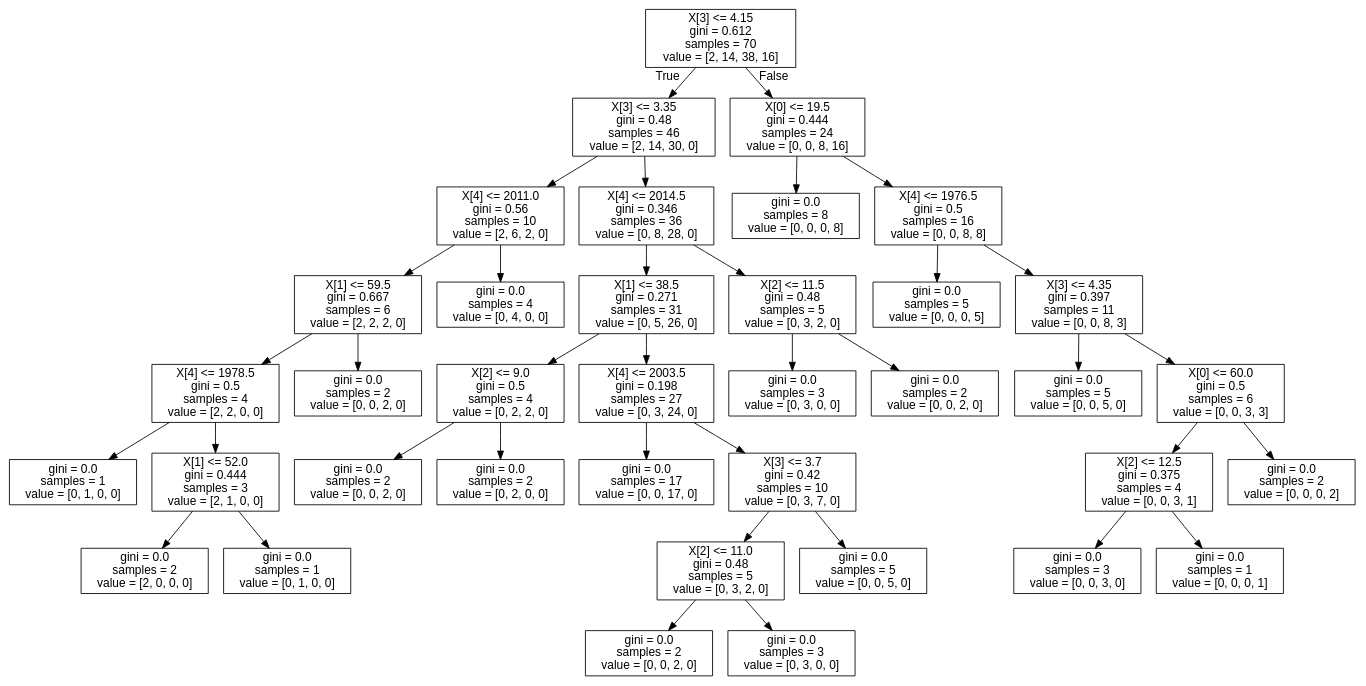
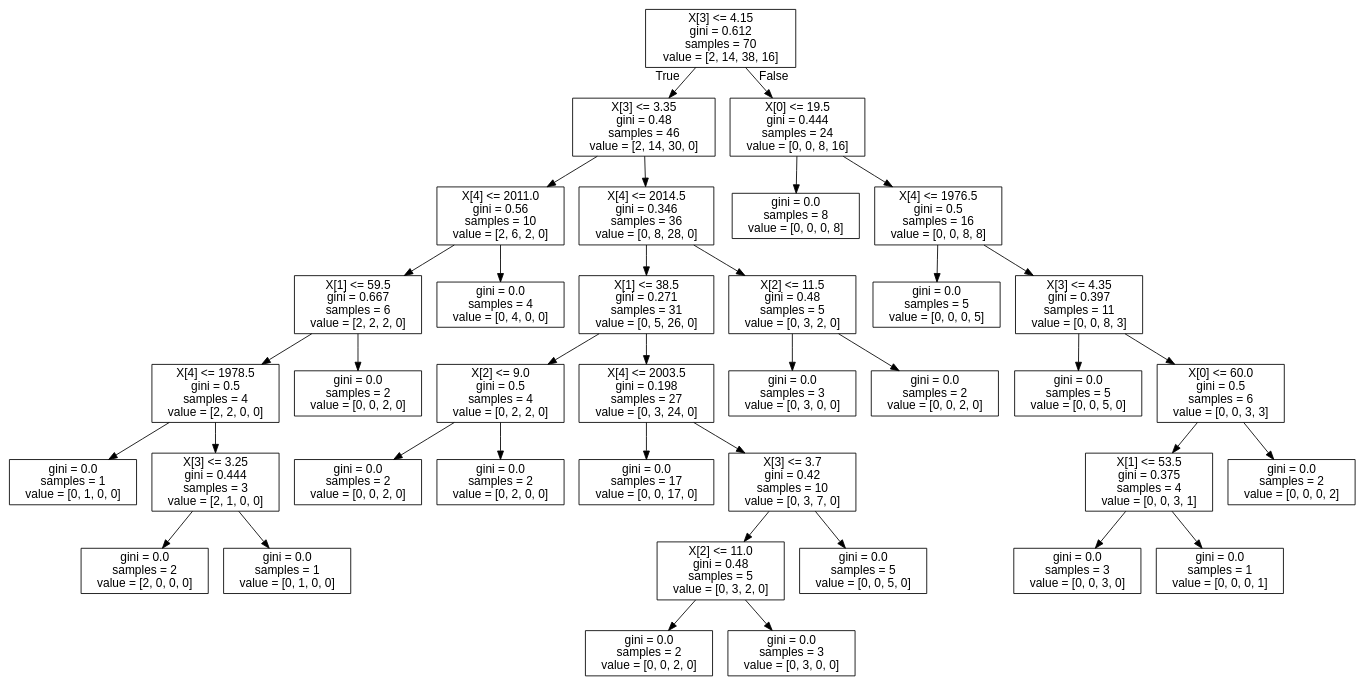
The diagram in BibliotecaMusicalV2/tree.dot (ViniciusOSAntos/Data-Science---Estudos-e-Atividades), drawn with Graphviz before and after one commit. The commit also changed 21 other files, not shown here.

```diff
--- a/BibliotecaMusicalV2/tree.dot
+++ b/BibliotecaMusicalV2/tree.dot
@@ -1,77 +1,77 @@
 digraph Tree {
 node [shape=box, fontname="helvetica"] ;
 edge [fontname="helvetica"] ;
 0 [label="X[3] <= 4.15\ngini = 0.612\nsamples = 70\nvalue = [2, 14, 38, 16]"] ;
 1 [label="X[3] <= 3.35\ngini = 0.48\nsamples = 46\nvalue = [2, 14, 30, 0]"] ;
 0 -> 1 [labeldistance=2.5, labelangle=45, headlabel="True"] ;
 2 [label="X[4] <= 2011.0\ngini = 0.56\nsamples = 10\nvalue = [2, 6, 2, 0]"] ;
 1 -> 2 ;
 3 [label="X[1] <= 59.5\ngini = 0.667\nsamples = 6\nvalue = [2, 2, 2, 0]"] ;
 2 -> 3 ;
 4 [label="X[4] <= 1978.5\ngini = 0.5\nsamples = 4\nvalue = [2, 2, 0, 0]"] ;
 3 -> 4 ;
 5 [label="gini = 0.0\nsamples = 1\nvalue = [0, 1, 0, 0]"] ;
 4 -> 5 ;
-6 [label="X[1] <= 52.0\ngini = 0.444\nsamples = 3\nvalue = [2, 1, 0, 0]"] ;
+6 [label="X[3] <= 3.25\ngini = 0.444\nsamples = 3\nvalue = [2, 1, 0, 0]"] ;
 4 -> 6 ;
 7 [label="gini = 0.0\nsamples = 2\nvalue = [2, 0, 0, 0]"] ;
 6 -> 7 ;
 8 [label="gini = 0.0\nsamples = 1\nvalue = [0, 1, 0, 0]"] ;
 6 -> 8 ;
 9 [label="gini = 0.0\nsamples = 2\nvalue = [0, 0, 2, 0]"] ;
 3 -> 9 ;
 10 [label="gini = 0.0\nsamples = 4\nvalue = [0, 4, 0, 0]"] ;
 2 -> 10 ;
 11 [label="X[4] <= 2014.5\ngini = 0.346\nsamples = 36\nvalue = [0, 8, 28, 0]"] ;
 1 -> 11 ;
 12 [label="X[1] <= 38.5\ngini = 0.271\nsamples = 31\nvalue = [0, 5, 26, 0]"] ;
 11 -> 12 ;
 13 [label="X[2] <= 9.0\ngini = 0.5\nsamples = 4\nvalue = [0, 2, 2, 0]"] ;
 12 -> 13 ;
 14 [label="gini = 0.0\nsamples = 2\nvalue = [0, 0, 2, 0]"] ;
 13 -> 14 ;
 15 [label="gini = 0.0\nsamples = 2\nvalue = [0, 2, 0, 0]"] ;
 13 -> 15 ;
 16 [label="X[4] <= 2003.5\ngini = 0.198\nsamples = 27\nvalue = [0, 3, 24, 0]"] ;
 12 -> 16 ;
 17 [label="gini = 0.0\nsamples = 17\nvalue = [0, 0, 17, 0]"] ;
 16 -> 17 ;
 18 [label="X[3] <= 3.7\ngini = 0.42\nsamples = 10\nvalue = [0, 3, 7, 0]"] ;
 16 -> 18 ;
 19 [label="X[2] <= 11.0\ngini = 0.48\nsamples = 5\nvalue = [0, 3, 2, 0]"] ;
 18 -> 19 ;
 20 [label="gini = 0.0\nsamples = 2\nvalue = [0, 0, 2, 0]"] ;
 19 -> 20 ;
 21 [label="gini = 0.0\nsamples = 3\nvalue = [0, 3, 0, 0]"] ;
 19 -> 21 ;
 22 [label="gini = 0.0\nsamples = 5\nvalue = [0, 0, 5, 0]"] ;
 18 -> 22 ;
 23 [label="X[2] <= 11.5\ngini = 0.48\nsamples = 5\nvalue = [0, 3, 2, 0]"] ;
 11 -> 23 ;
 24 [label="gini = 0.0\nsamples = 3\nvalue = [0, 3, 0, 0]"] ;
 23 -> 24 ;
 25 [label="gini = 0.0\nsamples = 2\nvalue = [0, 0, 2, 0]"] ;
 23 -> 25 ;
 26 [label="X[0] <= 19.5\ngini = 0.444\nsamples = 24\nvalue = [0, 0, 8, 16]"] ;
 0 -> 26 [labeldistance=2.5, labelangle=-45, headlabel="False"] ;
 27 [label="gini = 0.0\nsamples = 8\nvalue = [0, 0, 0, 8]"] ;
 26 -> 27 ;
 28 [label="X[4] <= 1976.5\ngini = 0.5\nsamples = 16\nvalue = [0, 0, 8, 8]"] ;
 26 -> 28 ;
 29 [label="gini = 0.0\nsamples = 5\nvalue = [0, 0, 0, 5]"] ;
 28 -> 29 ;
 30 [label="X[3] <= 4.35\ngini = 0.397\nsamples = 11\nvalue = [0, 0, 8, 3]"] ;
 28 -> 30 ;
 31 [label="gini = 0.0\nsamples = 5\nvalue = [0, 0, 5, 0]"] ;
 30 -> 31 ;
 32 [label="X[0] <= 60.0\ngini = 0.5\nsamples = 6\nvalue = [0, 0, 3, 3]"] ;
 30 -> 32 ;
-33 [label="X[2] <= 12.5\ngini = 0.375\nsamples = 4\nvalue = [0, 0, 3, 1]"] ;
+33 [label="X[1] <= 53.5\ngini = 0.375\nsamples = 4\nvalue = [0, 0, 3, 1]"] ;
 32 -> 33 ;
 34 [label="gini = 0.0\nsamples = 3\nvalue = [0, 0, 3, 0]"] ;
 33 -> 34 ;
 35 [label="gini = 0.0\nsamples = 1\nvalue = [0, 0, 0, 1]"] ;
 33 -> 35 ;
 36 [label="gini = 0.0\nsamples = 2\nvalue = [0, 0, 0, 2]"] ;
 32 -> 36 ;
 }
```
